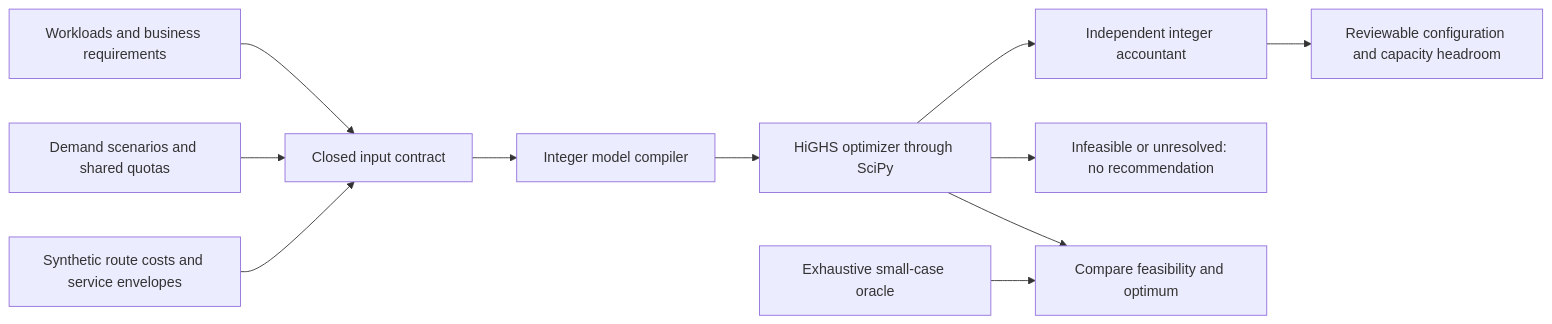
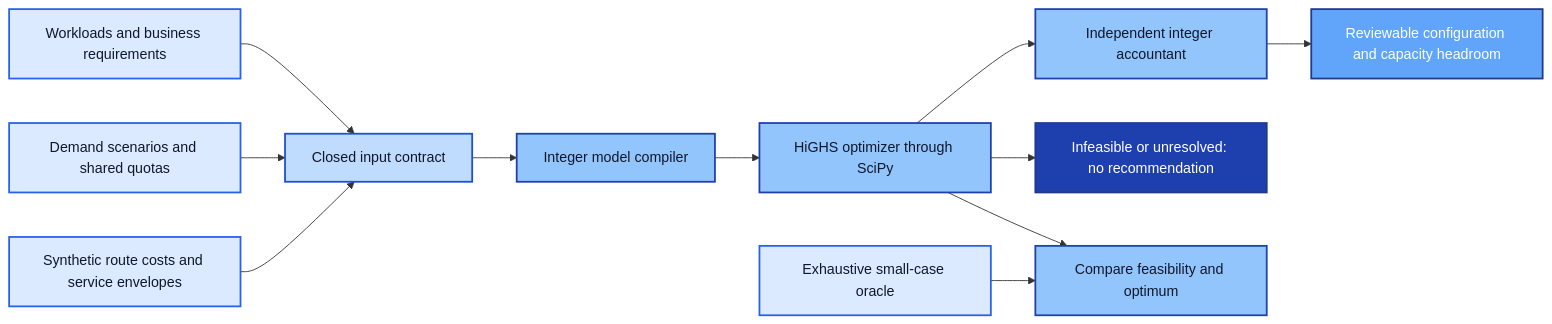
Before and after one commit to rlbsem/martech-stack-economics: the diagram in README.md, drawn with Mermaid.

Commit message:
Apply portfolio blue palette to architecture diagram

````diff
--- a/README.md
+++ b/README.md
@@ -25,13 +25,25 @@
 ```mermaid
 flowchart LR
     W[Workloads and business requirements] --> C[Closed input contract]
     S[Demand scenarios and shared quotas] --> C
     P[Synthetic route costs and service envelopes] --> C
     C --> M[Integer model compiler]
     M --> O[HiGHS optimizer through SciPy]
     O --> I[Independent integer accountant]
     I --> R[Reviewable configuration and capacity headroom]
     O --> F[Infeasible or unresolved: no recommendation]
     E[Exhaustive small-case oracle] --> V[Compare feasibility and optimum]
     O --> V
+
+    classDef source fill:#dbeafe,stroke:#2563eb,color:#0f172a,stroke-width:2px;
+    classDef foundation fill:#bfdbfe,stroke:#1d4ed8,color:#0f172a,stroke-width:2px;
+    classDef capability fill:#93c5fd,stroke:#1e40af,color:#0f172a,stroke-width:2px;
+    classDef output fill:#60a5fa,stroke:#1e3a8a,color:#ffffff,stroke-width:2px;
+    classDef alert fill:#1e40af,stroke:#1e3a8a,color:#ffffff,stroke-width:2px;
+
+    class W,S,P,E source;
+    class C foundation;
+    class M,O,I,V capability;
+    class R output;
+    class F alert;
 ```
````
